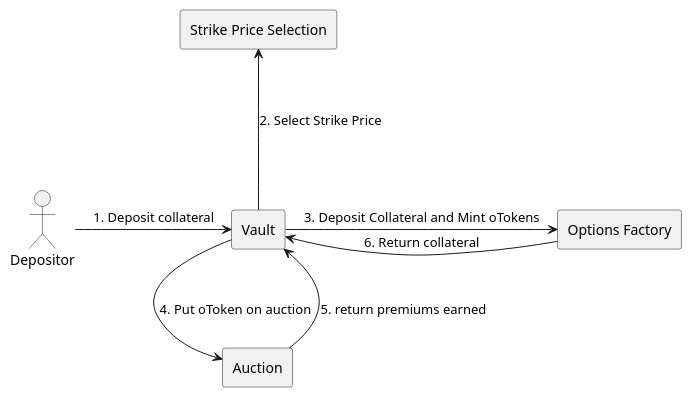
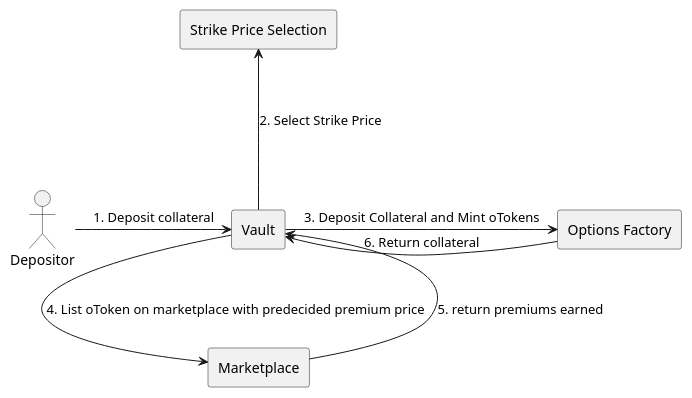
One commit to codebuster22/specifications changed the diagram in diagrams/src/system.puml. Above: the diagram before and after it, drawn with PlantUML. The commit also changed 1 other file, not shown here.

Commit message:
feat: uml for purchasing options

```diff
--- a/diagrams/src/system.puml
+++ b/diagrams/src/system.puml
@@ -1,18 +1,18 @@
 @startuml "system"
 
 skinparam ComponentStyle rectangle
 
 actor "Depositor" as depositor
 component "Vault" as vault
 component "Options Factory" as ofactory
-component "Auction" as auction
+component "Marketplace" as marketplace
 component "Strike Price Selection" as mvol
 
 depositor -> vault : "1. Deposit collateral"
 vault -up--> mvol : "2. Select Strike Price"
 vault -> ofactory : "3. Deposit Collateral and Mint oTokens"
-vault --> auction : "4. Put oToken on auction"
-auction --> vault : "5. return premiums earned"
+vault --> marketplace : "4. List oToken on marketplace with predecided premium price"
+marketplace --> vault : "5. return premiums earned"
 vault <- ofactory : "6. Return collateral"
 
 @enduml
```
